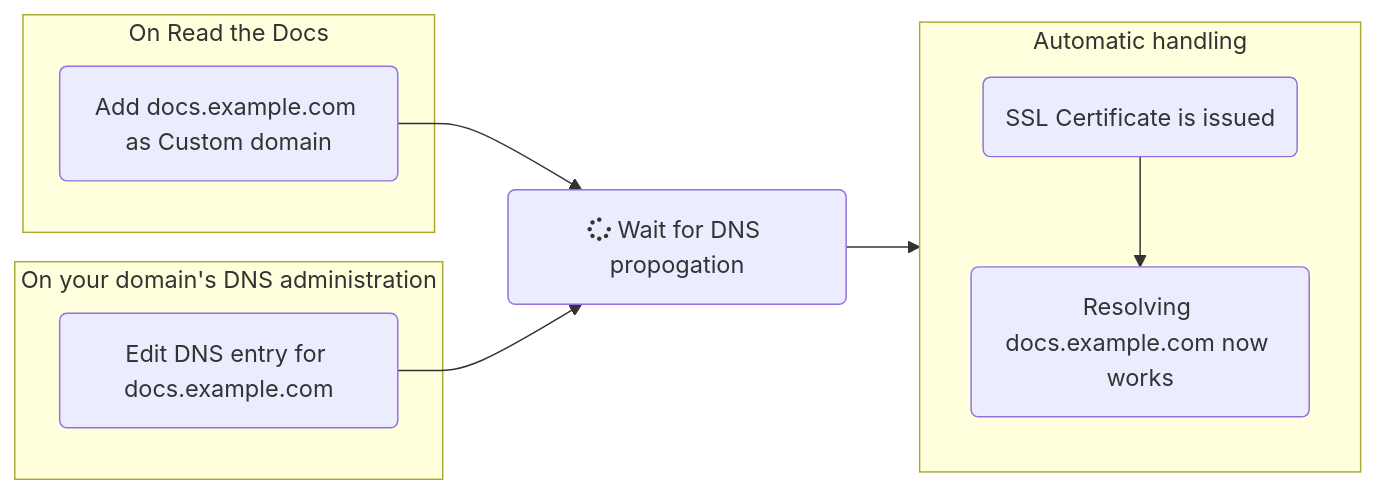
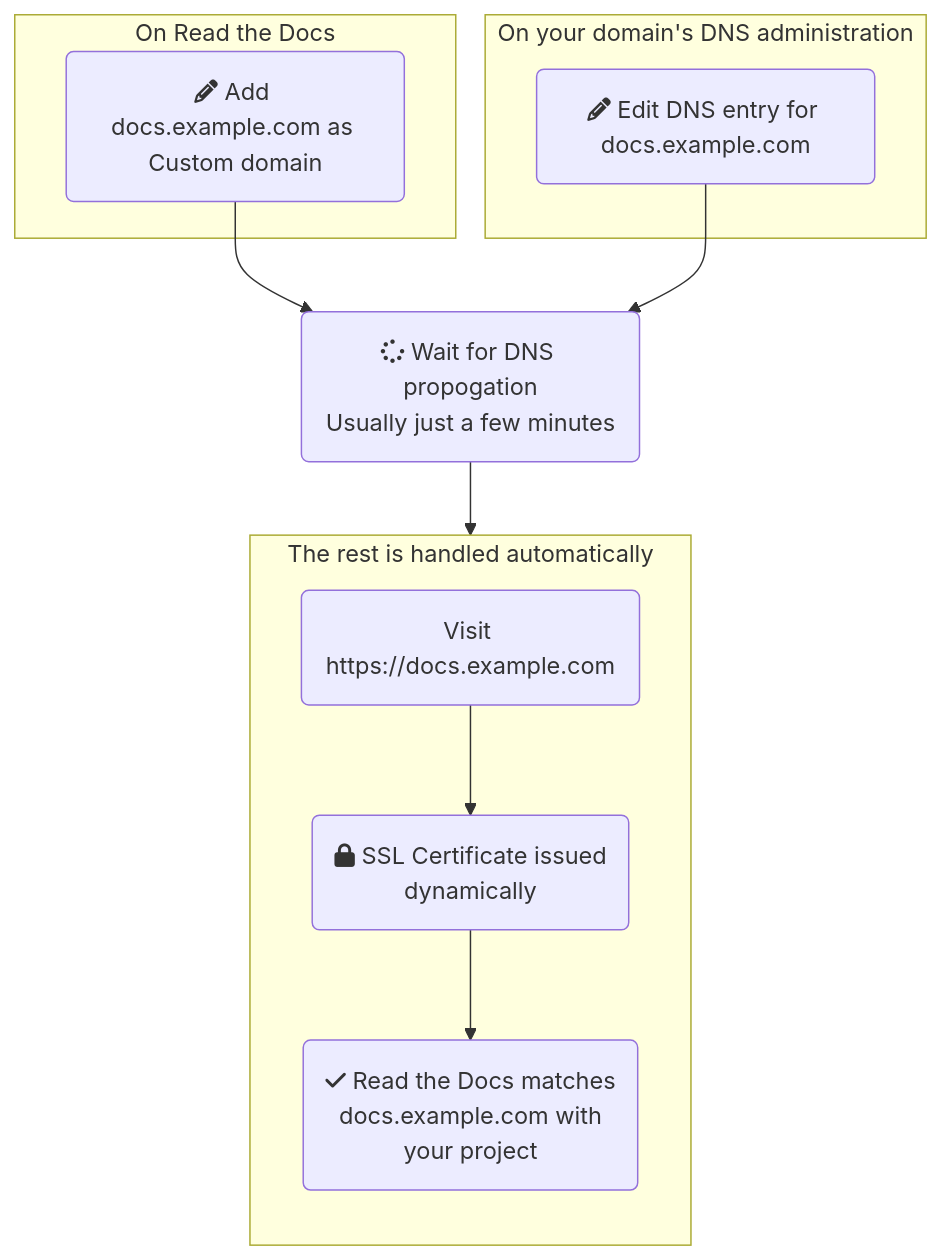
The diagram in docs/user/custom-domains.rst (readthedocs/readthedocs.org), drawn with Mermaid before and after one commit.

Commit message:
Swap direction of diagram, add some more icons

```diff
--- a/docs/user/custom-domains.rst
+++ b/docs/user/custom-domains.rst
@@ -20,20 +20,21 @@
 .. mermaid::
 
-    graph LR
+    graph TD
         subgraph rtd [On Read the Docs]
-          A(Add docs.example.com as Custom domain)
+          A(fa:fa-pencil Add docs.example.com as Custom domain)
         end
         subgraph dns [On your domain's DNS administration]
-          B(Edit DNS entry for docs.example.com)
+          B(fa:fa-pencil Edit DNS entry for docs.example.com)
         end
 
-        A & B-->C(fa:fa-spinner Wait for DNS propogation)
+        A & B-->C(fa:fa-spinner Wait for DNS propogation<br>Usually just a few minutes)
 
-        direction TB
-        subgraph automatic [Automatic handling]
+        direction LR
+        subgraph automatic [The rest is handled automatically]
           direction TB
-          D(SSL Certificate is issued)
-          D-->E(Resolving docs.example.com now works)
+          D(Visit https://docs.example.com)
+          D-->E(fa:fa-lock SSL Certificate issued<br>dynamically)
+          E-->F(fa:fa-check Read the Docs matches<br>docs.example.com with<br>your project<br>)
         end
 
         C-->automatic
```
